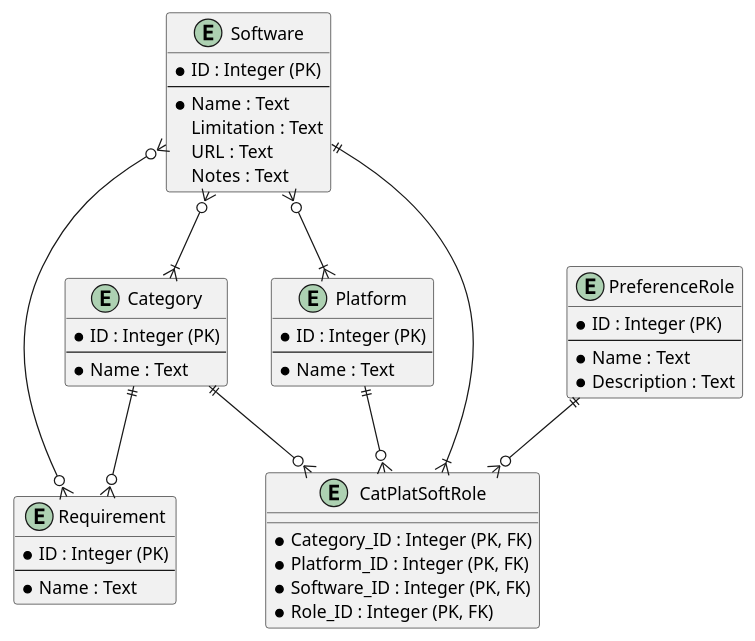
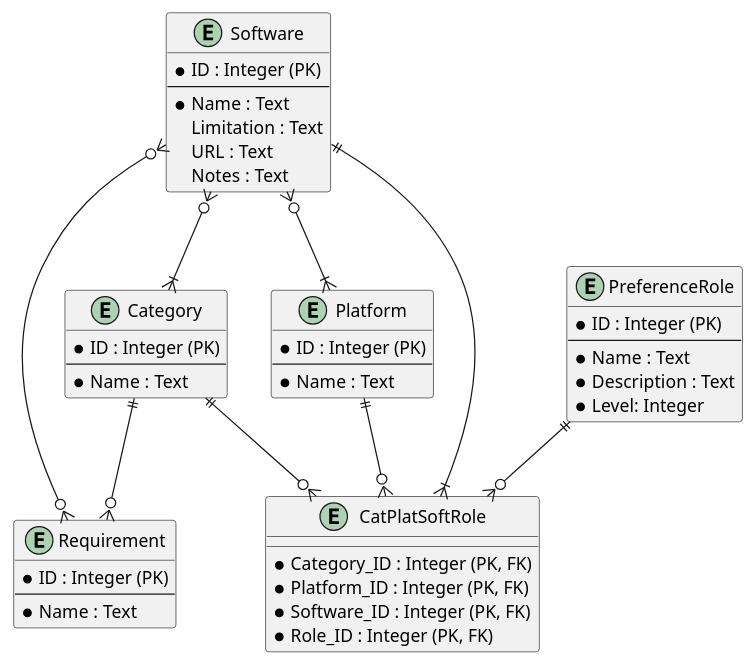
Before and after one commit to ATquode/PreferredSoftwareList: the diagram in SoftwareList/Model/ERD.pu, drawn with PlantUML. The commit also changed 2 other files, not shown here.

Commit message:
Add Preference Role Level
Add inactive role

```diff
--- a/SoftwareList/Model/ERD.pu
+++ b/SoftwareList/Model/ERD.pu
@@ -5,60 +5,63 @@
 @startuml ER Diagram
 
 ' skinparam Linetype ortho
+
+' Not Null *
 
 ' Zero or One |o--
 ' Exactly One ||--
 ' Zero or Many }o--
 ' One or Many }|--
 
 entity Software {
 	* ID : Integer (PK)
 	--
 	* Name : Text
 	Limitation : Text
 	URL : Text
 	Notes : Text
 }
 
 entity Category {
 	* ID : Integer (PK)
 	--
 	* Name : Text
 }
 
 entity Platform {
 	* ID : Integer (PK)
 	--
 	* Name : Text
 }
 
 entity PreferenceRole {
 	* ID : Integer (PK)
 	--
 	* Name : Text
 	* Description : Text
+	* Level: Integer
 }
 
 entity Requirement {
 	* ID : Integer (PK)
 	--
 	* Name : Text
 }
 ' can be normalized
 entity CatPlatSoftRole {
 	* Category_ID : Integer (PK, FK)
 	* Platform_ID : Integer (PK, FK)
 	* Software_ID : Integer (PK, FK)
 	* Role_ID : Integer (PK, FK)
 }
 
 Software }o--|{ Category
 Software }o--|{ Platform
 Software ||--|{ CatPlatSoftRole
 Category ||--o{ CatPlatSoftRole
 Platform ||--o{ CatPlatSoftRole
 PreferenceRole ||--o{ CatPlatSoftRole
 Category ||--o{ Requirement
 Software }o--o{ Requirement
 
 @enduml
```
